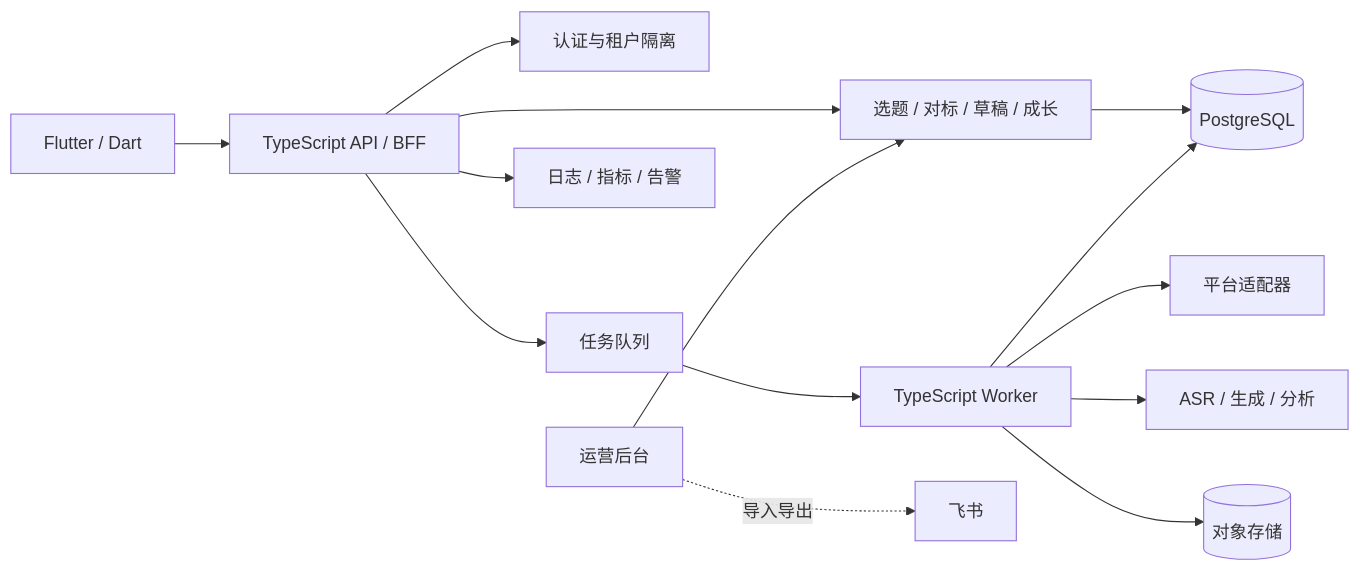
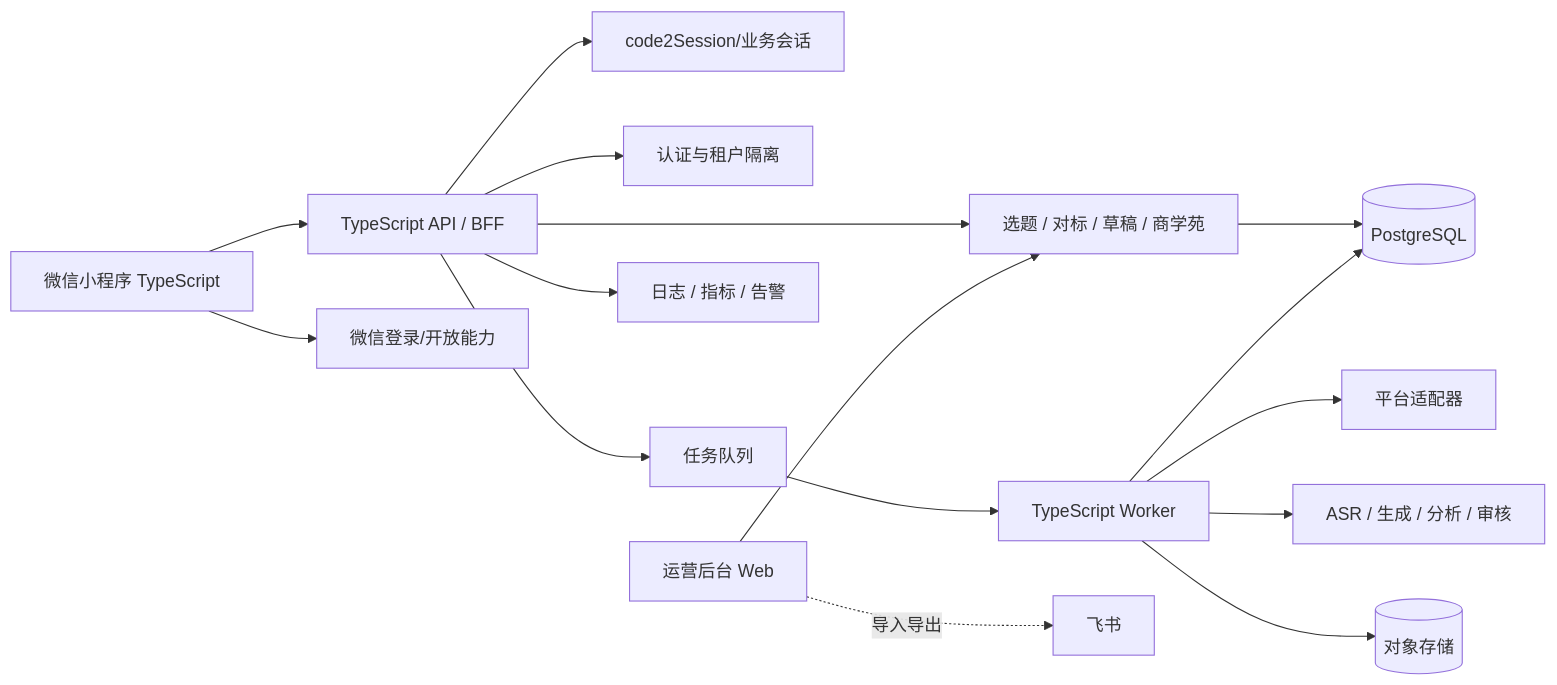
Before and after one commit to zhanglongfeng27101797/yayaxingqiu: the first of 3 diagrams in docs/technical/architecture.md, drawn with Mermaid. The commit also changed other lines of this file, not shown here.

Commit message:
docs: define WeChat mini program architecture

````diff
--- a/docs/technical/architecture.md
+++ b/docs/technical/architecture.md
@@ -3,16 +3,18 @@
 ```mermaid
 flowchart LR
-    Mobile[Flutter / Dart] --> Gateway[TypeScript API / BFF]
+    Mini[微信小程序 TypeScript] --> Gateway[TypeScript API / BFF]
+    Mini --> WeChat[微信登录/开放能力]
+    Gateway --> WeChatAuth[code2Session/业务会话]
     Gateway --> Auth[认证与租户隔离]
-    Gateway --> Domain[选题 / 对标 / 草稿 / 成长]
+    Gateway --> Domain[选题 / 对标 / 草稿 / 商学苑]
     Gateway --> Queue[任务队列]
     Queue --> Worker[TypeScript Worker]
     Worker --> Platform[平台适配器]
-    Worker --> AI[ASR / 生成 / 分析]
+    Worker --> AI[ASR / 生成 / 分析 / 审核]
     Domain --> PG[(PostgreSQL)]
     Worker --> PG
     Worker --> OSS[(对象存储)]
     Gateway --> Observe[日志 / 指标 / 告警]
-    Admin[运营后台] --> Domain
+    Admin[运营后台 Web] --> Domain
     Admin -. 导入导出 .-> Feishu[飞书]
 ```
````
